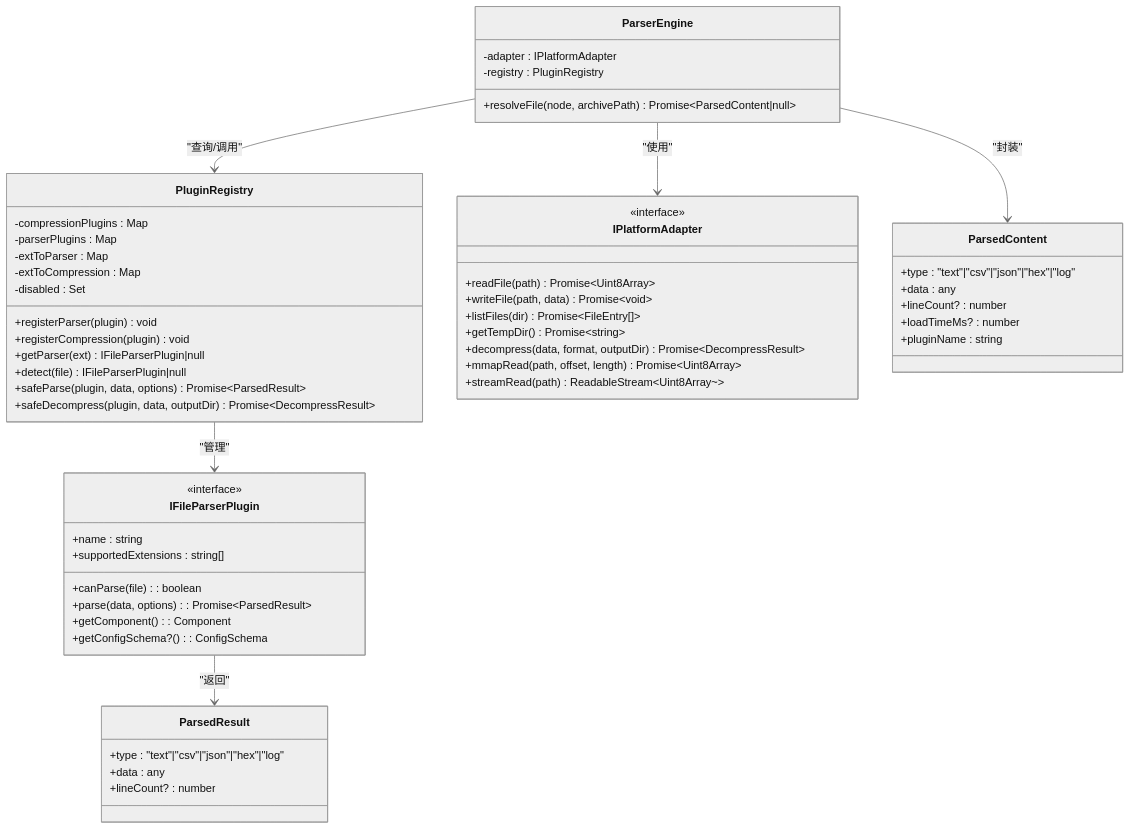
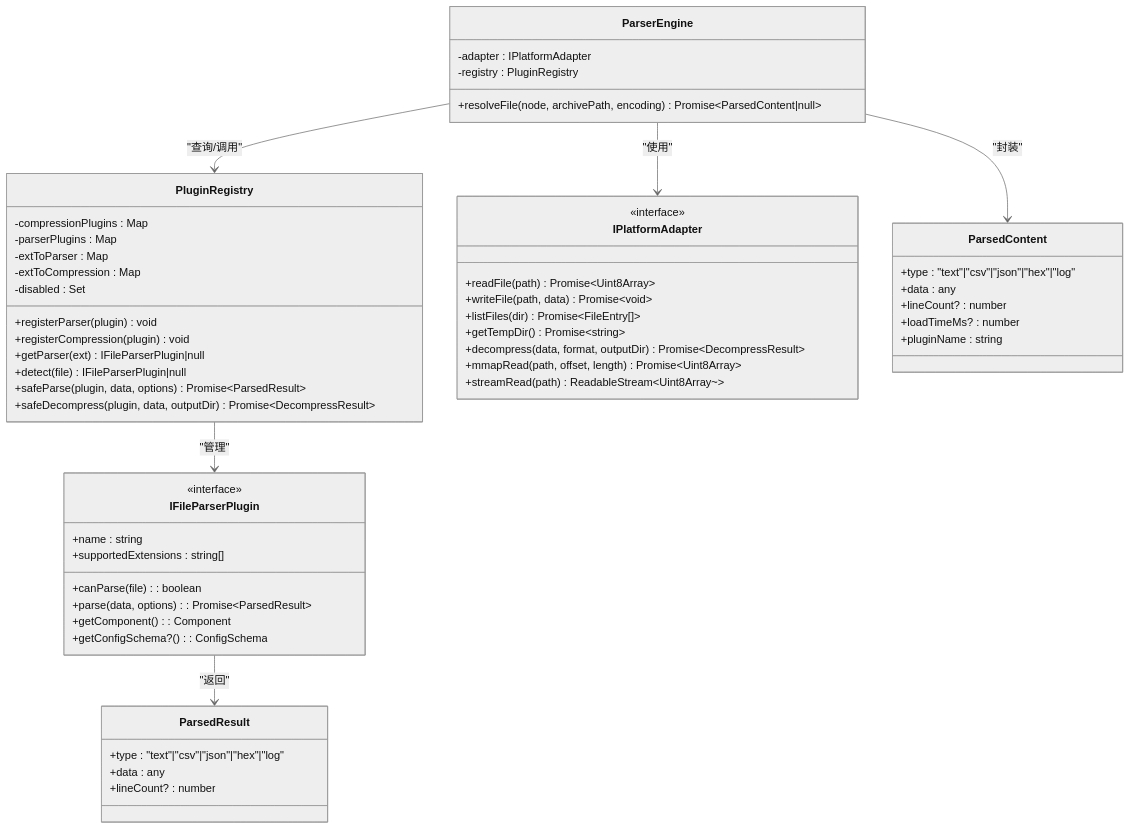
Before and after one commit to taoweidong/Hello-Tauri: the second of 7 diagrams in .qoder/repowiki/zh/content/核心模块/解析器引擎/解析器引擎.md, drawn with Mermaid (neutral theme). The commit also changed other lines of this file and 119 other files, not shown here.

````diff
--- a/.qoder/repowiki/zh/content/核心模块/解析器引擎/解析器引擎.md
+++ b/.qoder/repowiki/zh/content/核心模块/解析器引擎/解析器引擎.md
@@ -128,57 +136,57 @@
 ```mermaid
 classDiagram
 class ParserEngine {
 -adapter : IPlatformAdapter
 -registry : PluginRegistry
-+resolveFile(node, archivePath) Promise~ParsedContent|null~
++resolveFile(node, archivePath, encoding) Promise~ParsedContent|null~
 }
 class PluginRegistry {
 -compressionPlugins : Map
 -parserPlugins : Map
 -extToParser : Map
 -extToCompression : Map
 -disabled : Set
 +registerParser(plugin) void
 +registerCompression(plugin) void
 +getParser(ext) IFileParserPlugin|null
 +detect(file) IFileParserPlugin|null
 +safeParse(plugin, data, options) Promise~ParsedResult~
 +safeDecompress(plugin, data, outputDir) Promise~DecompressResult~
 }
 class IPlatformAdapter {
 <<interface>>
 +readFile(path) Promise~Uint8Array~
 +writeFile(path, data) Promise~void~
 +listFiles(dir) Promise~FileEntry[]~
 +getTempDir() Promise~string~
 +decompress(data, format, outputDir) Promise~DecompressResult~
 +mmapRead(path, offset, length) Promise~Uint8Array~
 +streamRead(path) ReadableStream~Uint8Array~~
 }
 class IFileParserPlugin {
 <<interface>>
 +name : string
 +supportedExtensions : string[]
 +canParse(file) : boolean
 +parse(data, options) : Promise~ParsedResult~
 +getComponent() : Component
 +getConfigSchema?() : ConfigSchema
 }
 class ParsedResult {
 +type : "text"|"csv"|"json"|"hex"|"log"
 +data : any
 +lineCount? : number
 }
 class ParsedContent {
 +type : "text"|"csv"|"json"|"hex"|"log"
 +data : any
 +lineCount? : number
 +loadTimeMs? : number
 +pluginName : string
 }
 ParserEngine --> IPlatformAdapter : "使用"
 ParserEngine --> PluginRegistry : "查询/调用"
 PluginRegistry --> IFileParserPlugin : "管理"
 IFileParserPlugin --> ParsedResult : "返回"
 ParserEngine --> ParsedContent : "封装"
 ```
````
